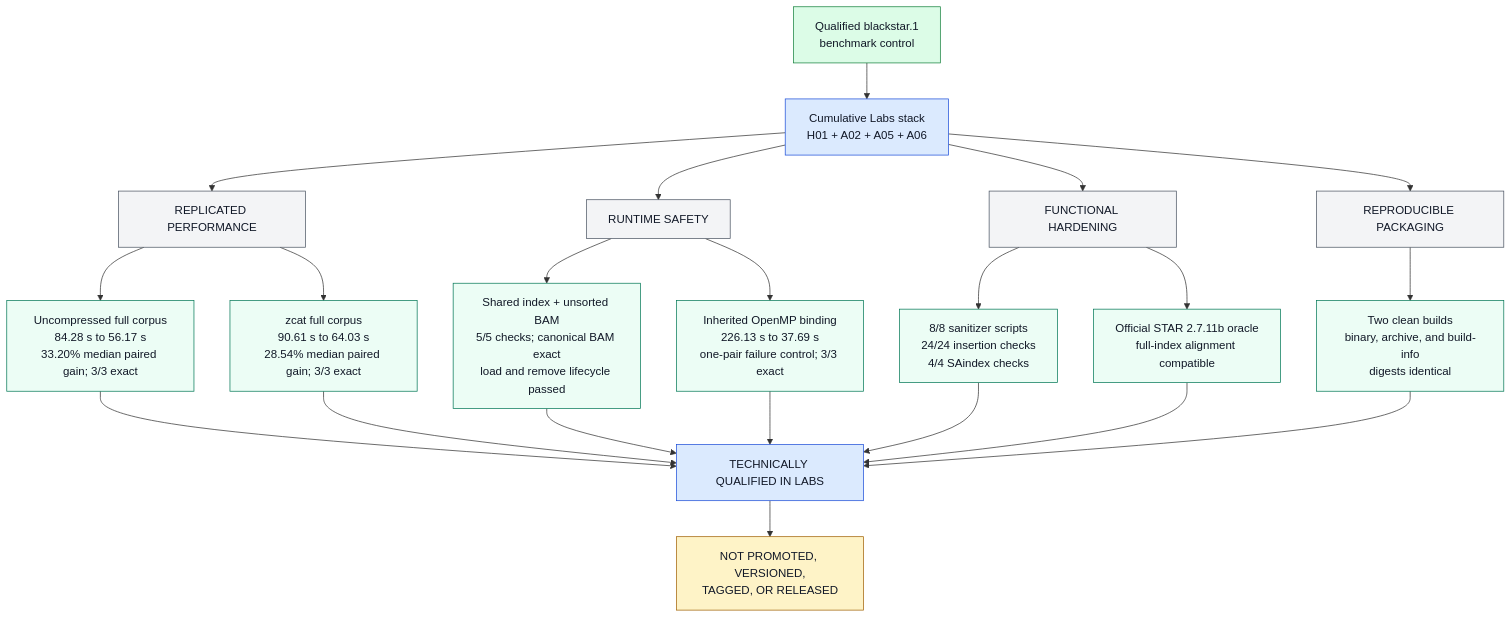
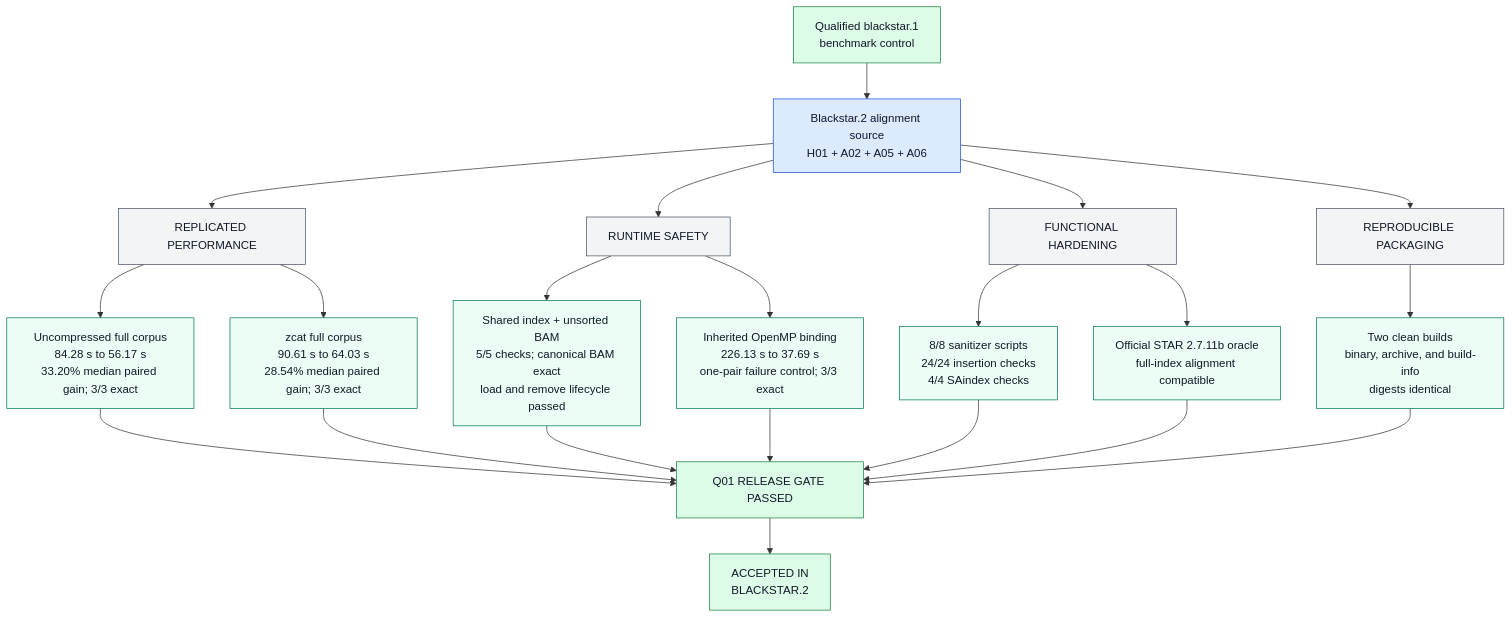
One commit to justinblethrow-cloud/STAR changed the diagram in docs/architecture/diagrams/src/F22-cumulative-qualification.mmd. Above: the diagram before and after it, drawn with Mermaid. The commit also changed 52 other files, not shown here.

Commit message:
release: prepare BlackSTAR 2.7.11b-blackstar.2

```diff
--- a/docs/architecture/diagrams/src/F22-cumulative-qualification.mmd
+++ b/docs/architecture/diagrams/src/F22-cumulative-qualification.mmd
@@ -1,37 +1,37 @@
 flowchart TD
-    RELEASE["Qualified blackstar.1<br/>benchmark control"] --> STACK["Cumulative Labs stack<br/>H01 + A02 + A05 + A06"]
+    RELEASE["Qualified blackstar.1<br/>benchmark control"] --> STACK["Blackstar.2 alignment source<br/>H01 + A02 + A05 + A06"]
 
     STACK --> PERF["REPLICATED PERFORMANCE"]
     PERF --> U["Uncompressed full corpus<br/>84.28 s to 56.17 s<br/>33.20% median paired gain; 3/3 exact"]
     PERF --> Z["zcat full corpus<br/>90.61 s to 64.03 s<br/>28.54% median paired gain; 3/3 exact"]
 
     STACK --> SAFETY["RUNTIME SAFETY"]
     SAFETY --> SHARED["Shared index + unsorted BAM<br/>5/5 checks; canonical BAM exact<br/>load and remove lifecycle passed"]
     SAFETY --> BOUND["Inherited OpenMP binding<br/>226.13 s to 37.69 s<br/>one-pair failure control; 3/3 exact"]
 
     STACK --> HARDEN["FUNCTIONAL HARDENING"]
     HARDEN --> TESTS["8/8 sanitizer scripts<br/>24/24 insertion checks<br/>4/4 SAindex checks"]
     HARDEN --> COMPAT["Official STAR 2.7.11b oracle<br/>full-index alignment compatible"]
 
     STACK --> PACKAGE["REPRODUCIBLE PACKAGING"]
     PACKAGE --> REPRO["Two clean builds<br/>binary, archive, and build-info<br/>digests identical"]
 
-    U --> DECISION["TECHNICALLY QUALIFIED IN LABS"]
+    U --> DECISION["Q01 RELEASE GATE PASSED"]
     Z --> DECISION
     SHARED --> DECISION
     BOUND --> DECISION
     TESTS --> DECISION
     COMPAT --> DECISION
     REPRO --> DECISION
-    DECISION --> BOUNDARY["NOT PROMOTED, VERSIONED,<br/>TAGGED, OR RELEASED"]
+    DECISION --> BOUNDARY["ACCEPTED IN<br/>BLACKSTAR.2"]
 
     classDef release fill:#dcfce7,stroke:#15803d,color:#111827;
     classDef candidate fill:#dbeafe,stroke:#1d4ed8,color:#111827;
     classDef gate fill:#f3f4f6,stroke:#4b5563,color:#111827;
     classDef passed fill:#ecfdf5,stroke:#047857,color:#111827;
     classDef boundary fill:#fef3c7,stroke:#a16207,color:#111827;
     class RELEASE release;
-    class STACK,DECISION candidate;
+    class STACK candidate;
     class PERF,SAFETY,HARDEN,PACKAGE gate;
     class U,Z,SHARED,BOUND,TESTS,COMPAT,REPRO passed;
-    class BOUNDARY boundary;
+    class DECISION,BOUNDARY release;
```
